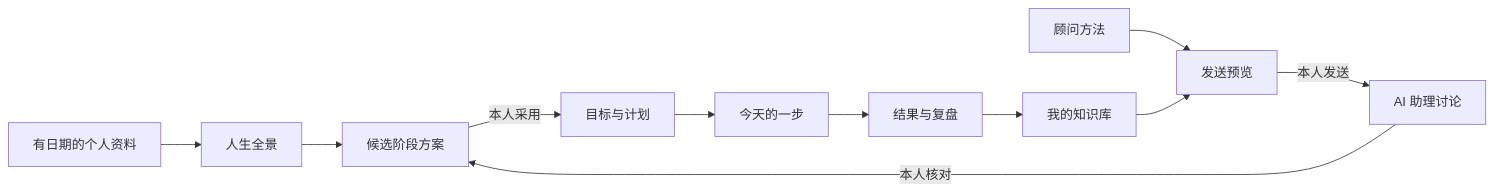
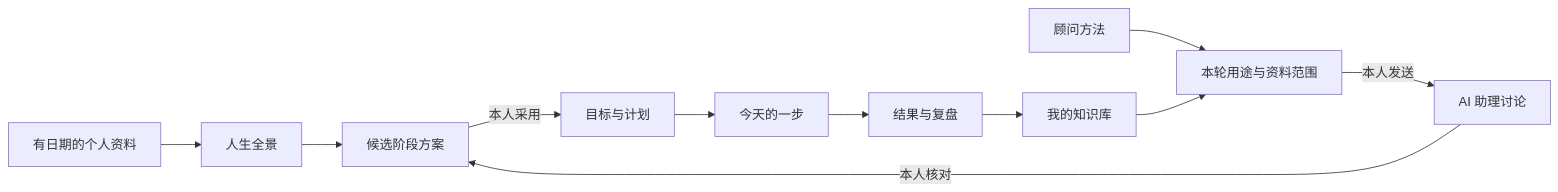
One commit to chenxinan9/upward-workbench changed the diagram in docs/reference.md. Above: the diagram before and after it, drawn with Mermaid. The commit also changed other lines of this file and 83 other files, not shown here.

````diff
--- a/docs/reference.md
+++ b/docs/reference.md
@@ -44,13 +48,13 @@
 ```mermaid
 flowchart LR
   A[有日期的个人资料] --> B[人生全景]
   B --> C[候选阶段方案]
   C -->|本人采用| D[目标与计划]
   D --> E[今天的一步]
   E --> F[结果与复盘]
   F --> G[我的知识库]
-  H[顾问方法] --> I[发送预览]
+  H[顾问方法] --> I[本轮用途与资料范围]
   G --> I
   I -->|本人发送| J[AI 助理讨论]
   J -->|本人核对| C
 ```
````
